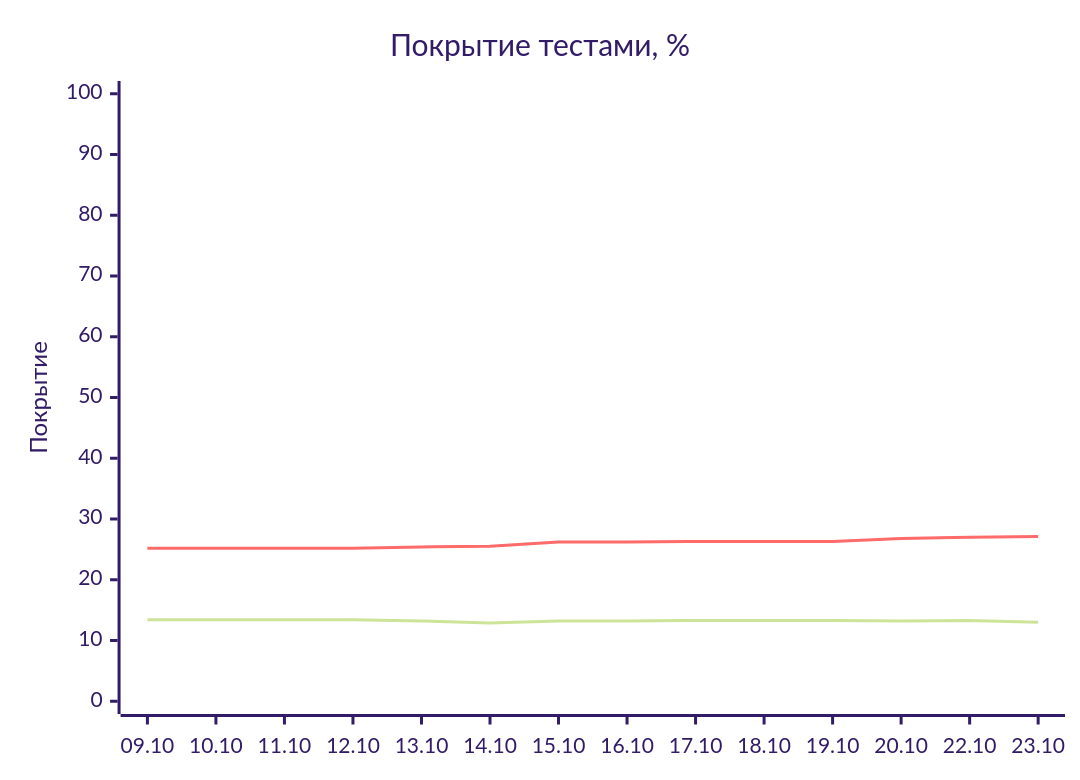
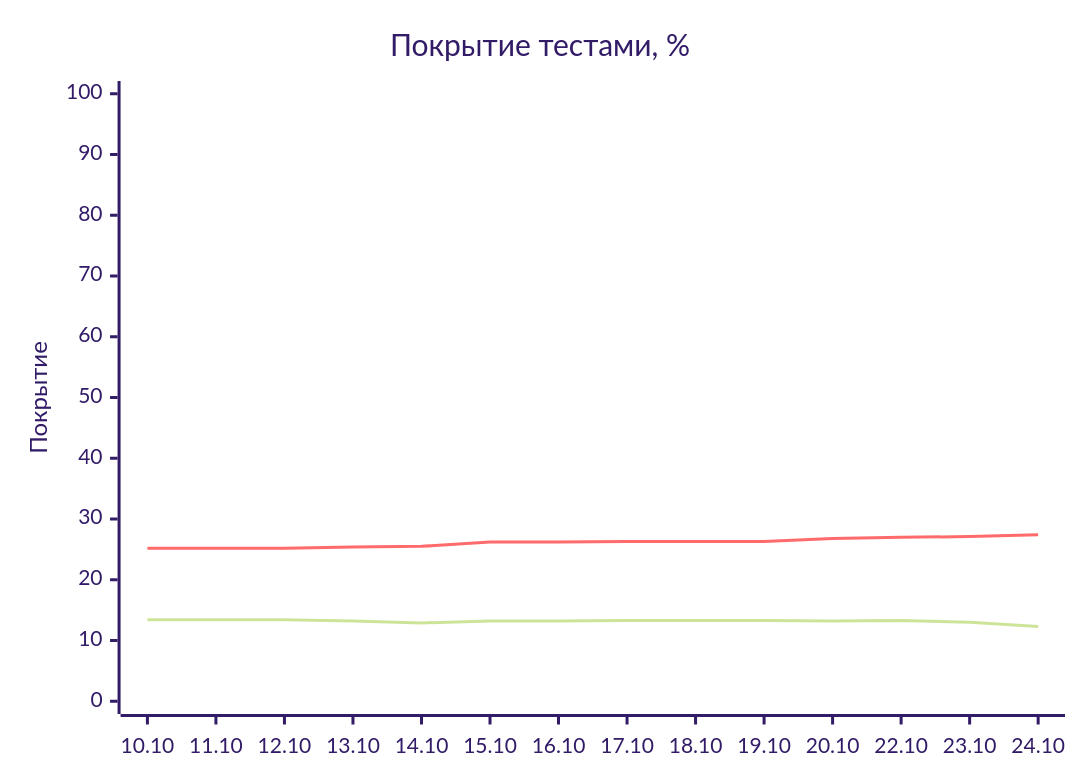
One commit to EvgeniBondarev/coverage-report changed the diagram in README.md. Above: the diagram before and after it, drawn with Mermaid (forest theme). The commit also changed other lines of this file and 3202 other files, not shown here.

````diff
--- a/README.md
+++ b/README.md
@@ -19,8 +19,8 @@
 ```mermaid
 xychart-beta
     title "Покрытие тестами, %"
-    x-axis ["09.10", "10.10", "11.10", "12.10", "13.10", "14.10", "15.10", "16.10", "17.10", "18.10", "19.10", "20.10", "22.10", "23.10"]
+    x-axis ["10.10", "11.10", "12.10", "13.10", "14.10", "15.10", "16.10", "17.10", "18.10", "19.10", "20.10", "22.10", "23.10", "24.10"]
     y-axis "Покрытие" 0 --> 100
-    line [13.4, 13.4, 13.4, 13.4, 13.2, 12.9, 13.2, 13.2, 13.3, 13.3, 13.3, 13.2, 13.3, 13]
-    line [25.2, 25.2, 25.2, 25.2, 25.4, 25.5, 26.2, 26.2, 26.3, 26.3, 26.3, 26.8, 27, 27.1]
+    line [13.4, 13.4, 13.4, 13.2, 12.9, 13.2, 13.2, 13.3, 13.3, 13.3, 13.2, 13.3, 13, 12.3]
+    line [25.2, 25.2, 25.2, 25.4, 25.5, 26.2, 26.2, 26.3, 26.3, 26.3, 26.8, 27, 27.1, 27.4]
 ```
````
